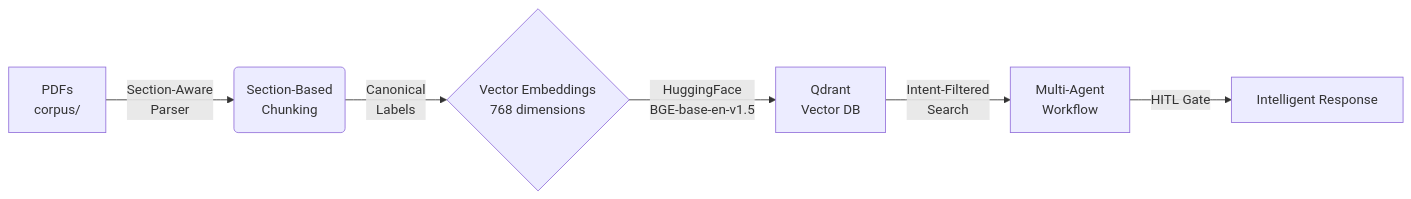
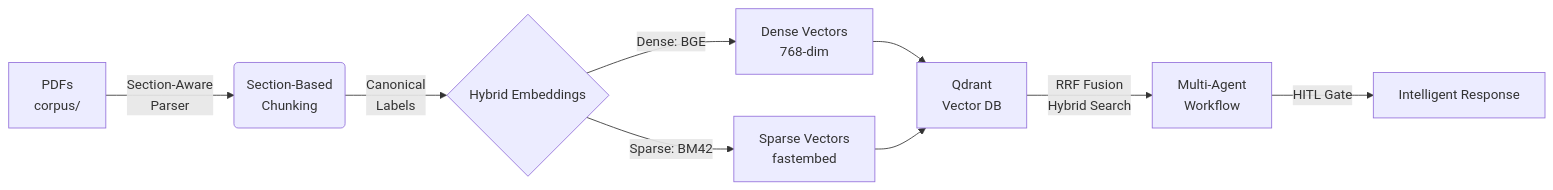
Before and after one commit to Sayandip05/research-paper-intelligence-system: the diagram in README.md, drawn with Mermaid. The commit also changed other lines of this file and 7 other files, not shown here.

Commit message:
hybrid search

````diff
--- a/README.md
+++ b/README.md
@@ -9,8 +9,11 @@
 ```mermaid
 flowchart LR
     A[PDFs<br/>corpus/] -->|Section-Aware<br/>Parser| B(Section-Based<br/>Chunking)
-    B -->|Canonical<br/>Labels| C{Vector Embeddings<br/>768 dimensions}
-    C -->|HuggingFace<br/>BGE-base-en-v1.5| D[Qdrant<br/>Vector DB]
-    D -->|Intent-Filtered<br/>Search| E[Multi-Agent<br/>Workflow]
+    B -->|Canonical<br/>Labels| C{Hybrid Embeddings}
+    C -->|Dense: BGE| D1[Dense Vectors<br/>768-dim]
+    C -->|Sparse: BM42| D2[Sparse Vectors<br/>fastembed]
+    D1 --> D[Qdrant<br/>Vector DB]
+    D2 --> D
+    D -->|RRF Fusion<br/>Hybrid Search| E[Multi-Agent<br/>Workflow]
     E -->|HITL Gate| F[Intelligent Response]
 ```
````
